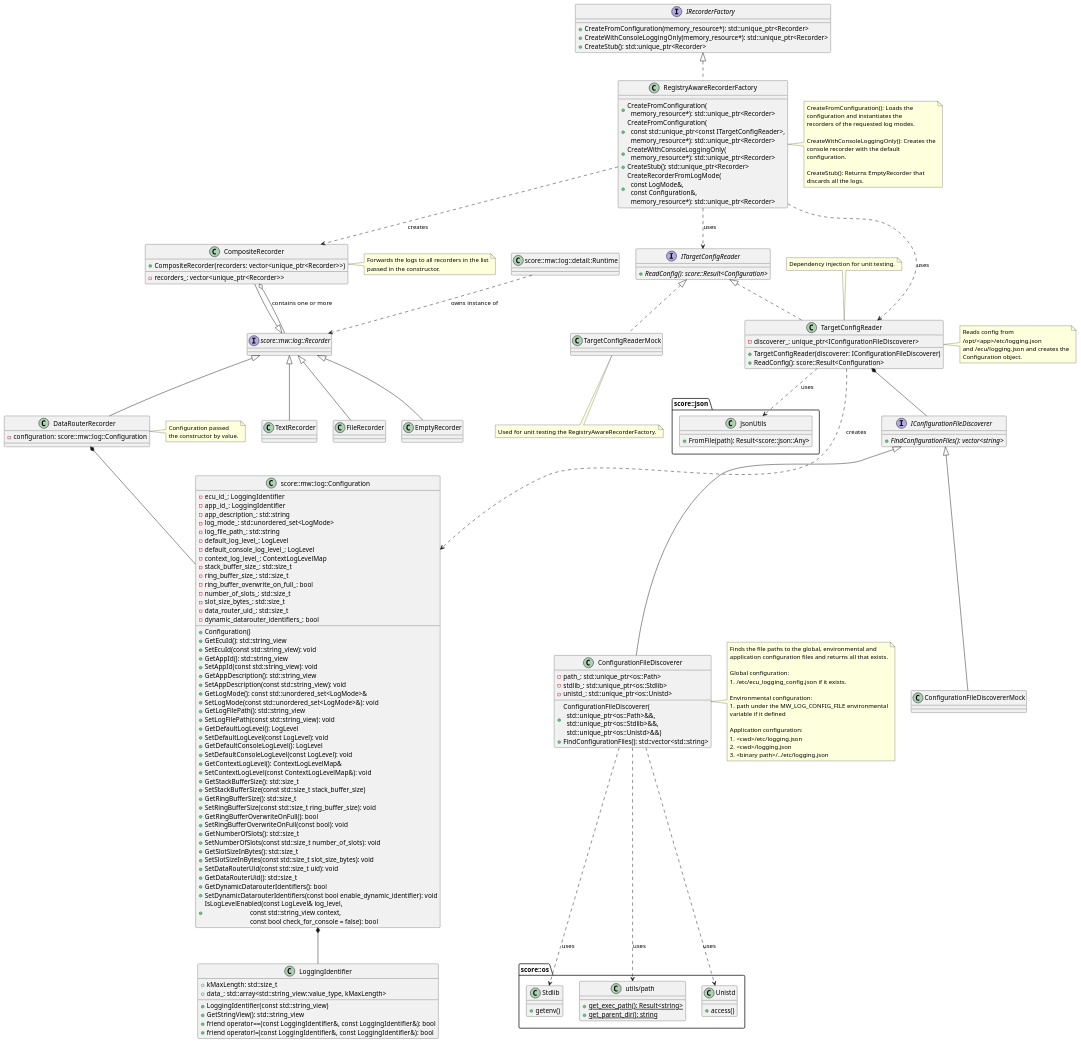
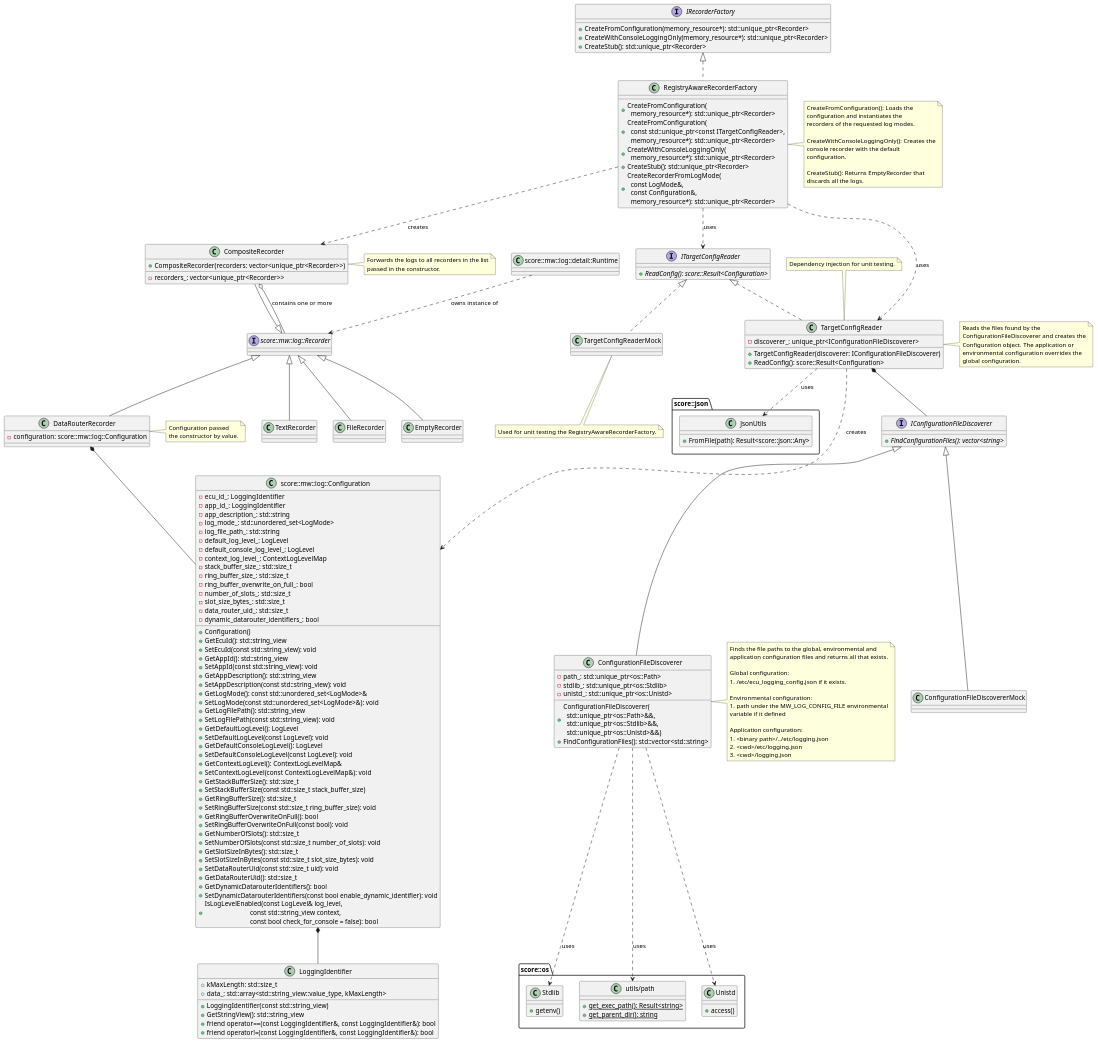
The diagram in score/mw/log/docs/detailed_design/_assets/configuration_static.puml (eclipse-score/baselibs), drawn with PlantUML before and after one commit. The commit also changed 3 other files, not shown here.

```diff
--- a/score/mw/log/docs/detailed_design/_assets/configuration_static.puml
+++ b/score/mw/log/docs/detailed_design/_assets/configuration_static.puml
@@ -200,10 +200,11 @@
 end note
 
 note right of TargetConfigReader
-  Reads config from
-  /opt/<app>/etc/logging.json
-  and /ecu/logging.json and creates the
-  Configuration object.
+  Reads the files found by the
+  ConfigurationFileDiscoverer and creates the
+  Configuration object. The application or
+  environmental configuration overrides the
+  global configuration.
 end note
 
 note bottom of TargetConfigReaderMock
@@ -231,9 +232,9 @@
   variable if it defined
 
   Application configuration:
-  1. <cwd>/etc/logging.json
-  2. <cwd>/logging.json
-  3. <binary path>/../etc/logging.json
+  1. <binary path>/../etc/logging.json
+  2. <cwd>/etc/logging.json
+  3. <cwd>/logging.json
 end note
 
 @enduml
```
